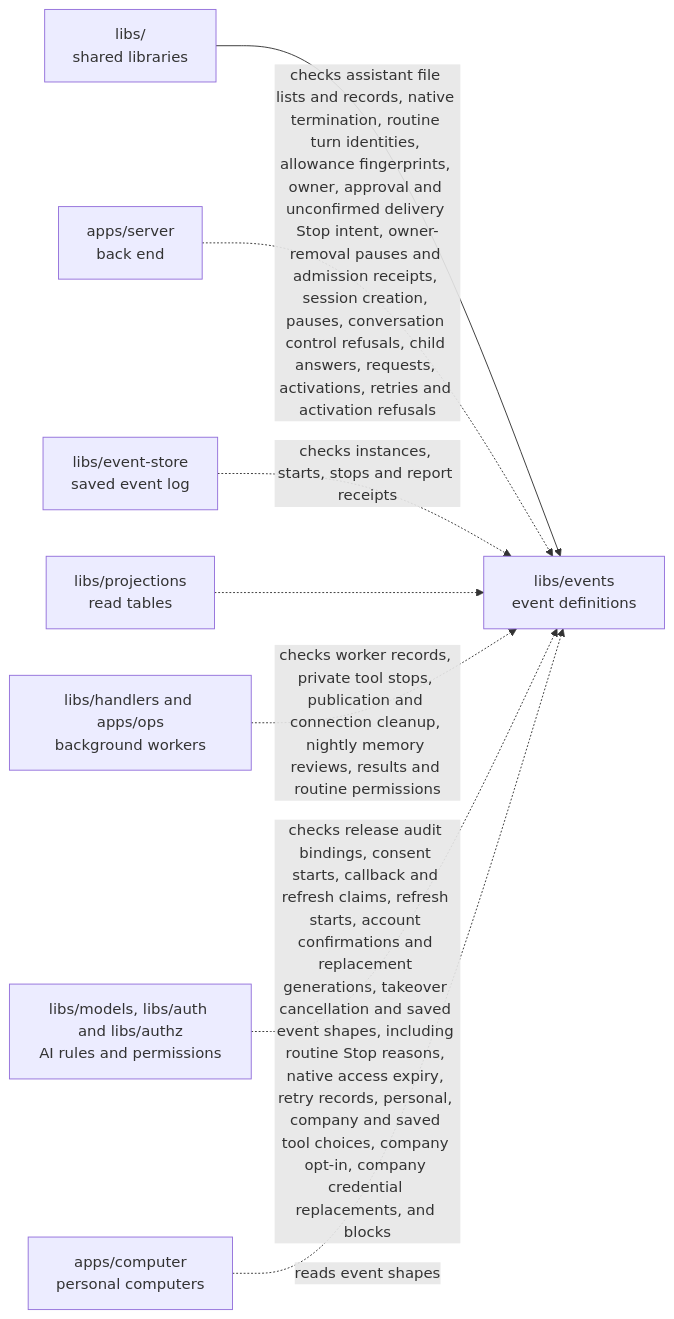
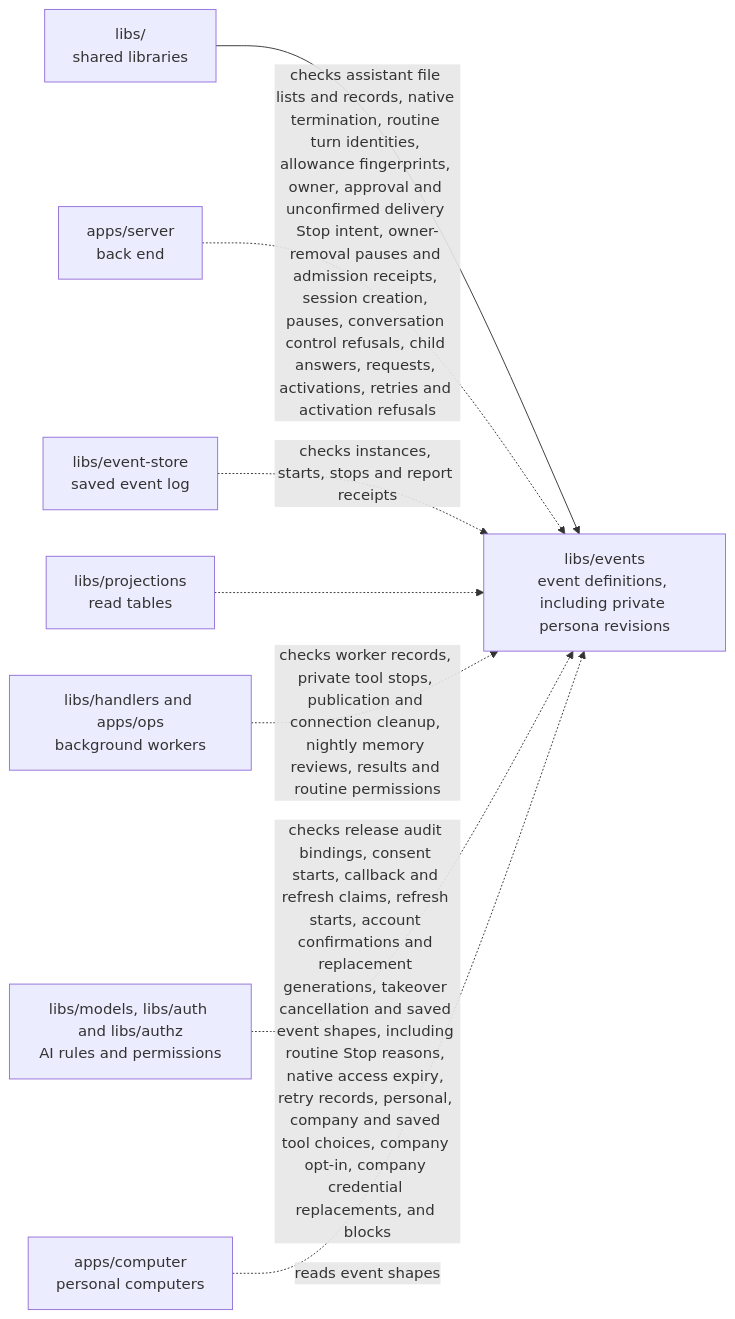
The diagram in libs/events/README.md (elewa-git/opencrane-new), drawn with Mermaid before and after one commit. The commit also changed other lines of this file and 16 other files, not shown here.

Commit message:
🔐 Save immutable personal persona revisions

````diff
--- a/libs/events/README.md
+++ b/libs/events/README.md
@@ -48,10 +49,10 @@
 ```mermaid
 flowchart LR
-  parent["libs/<br/>shared libraries"] --> events["libs/events<br/>event definitions"]
+  parent["libs/<br/>shared libraries"] --> events["libs/events<br/>event definitions, including private persona revisions"]
   server["apps/server<br/>back end"] -.->|checks assistant file lists and records, native termination, routine turn identities, allowance fingerprints, owner, approval and unconfirmed delivery Stop intent, owner-removal pauses and admission receipts, session creation, pauses, conversation control refusals, child answers, requests, activations, retries and activation refusals| events
   store["libs/event-store<br/>saved event log"] -.->|checks instances, starts, stops and report receipts| events
   projections["libs/projections<br/>read tables"] -.-> events
   workers["libs/handlers and apps/ops<br/>background workers"] -.->|checks worker records, private tool stops, publication and connection cleanup, nightly memory reviews, results and routine permissions| events
   models["libs/models, libs/auth and libs/authz<br/>AI rules and permissions"] -.->|checks release audit bindings, consent starts, callback and refresh claims, refresh starts, account confirmations and replacement generations, takeover cancellation and saved event shapes, including routine Stop reasons, native access expiry, retry records, personal, company and saved tool choices, company opt-in, company credential replacements, and blocks| events
   computer["apps/computer<br/>personal computers"] -.->|reads event shapes| events
 ```
````
